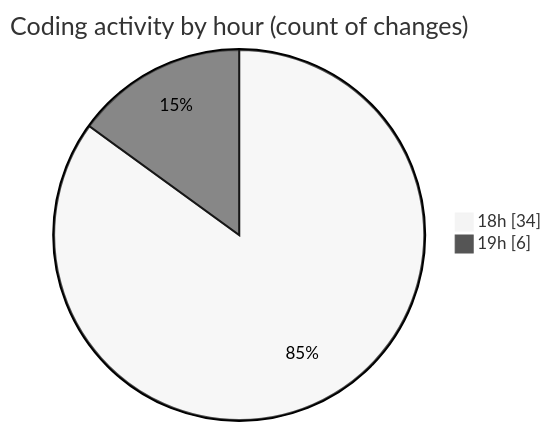
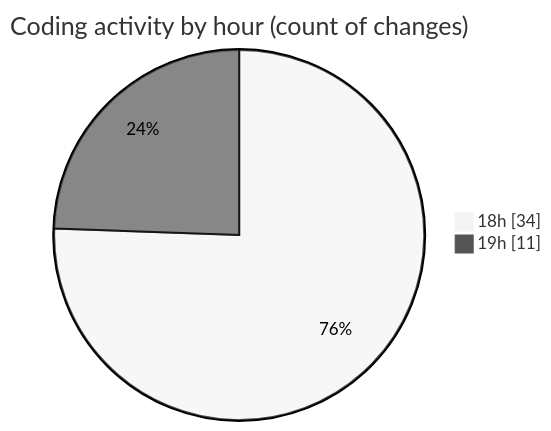
Before and after one commit to Netris89/code-tracking: the second of 2 diagrams in 2025-04-06/back-end/README.md, drawn with Mermaid (neutral theme). The commit also changed other lines of this file and 1 other file, not shown here.

````diff
--- a/2025-04-06/back-end/README.md
+++ b/2025-04-06/back-end/README.md
@@ -33,6 +33,6 @@
 ```mermaid
 pie showData
 title Coding activity by hour (count of changes)
 "18h" : 34
-"19h" : 6
+"19h" : 11
 ```
````
